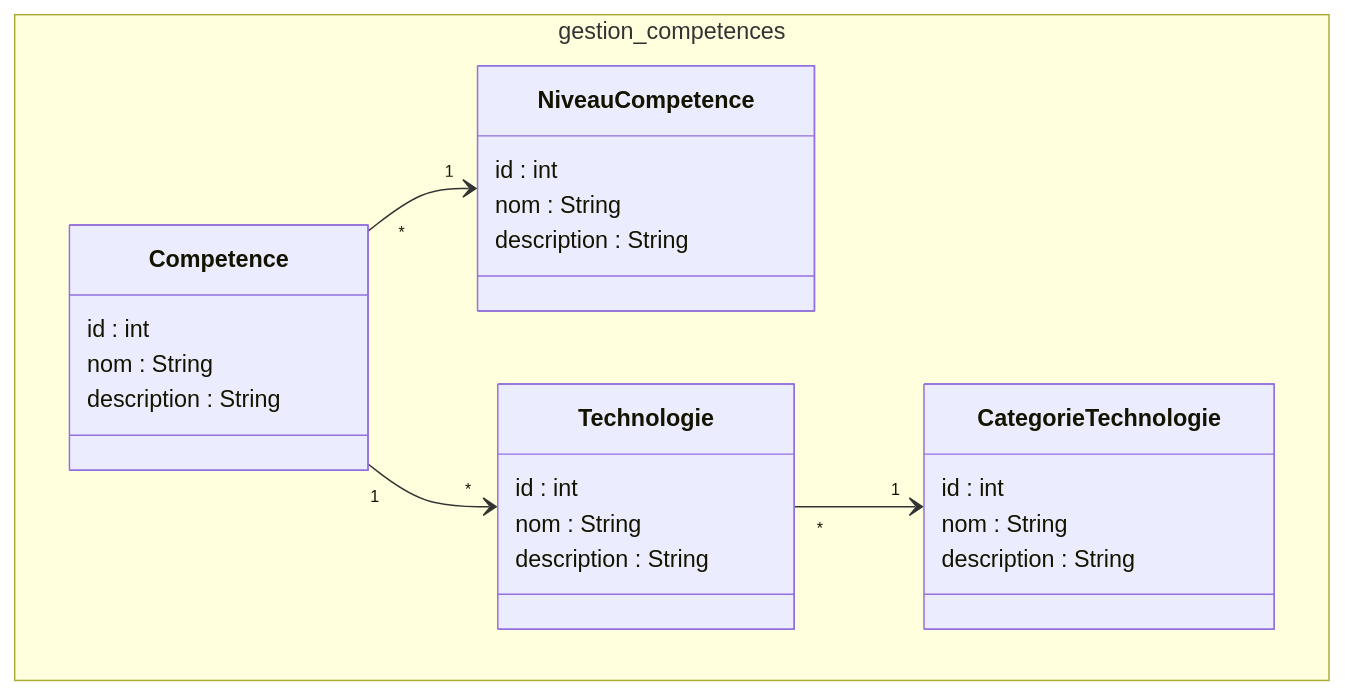
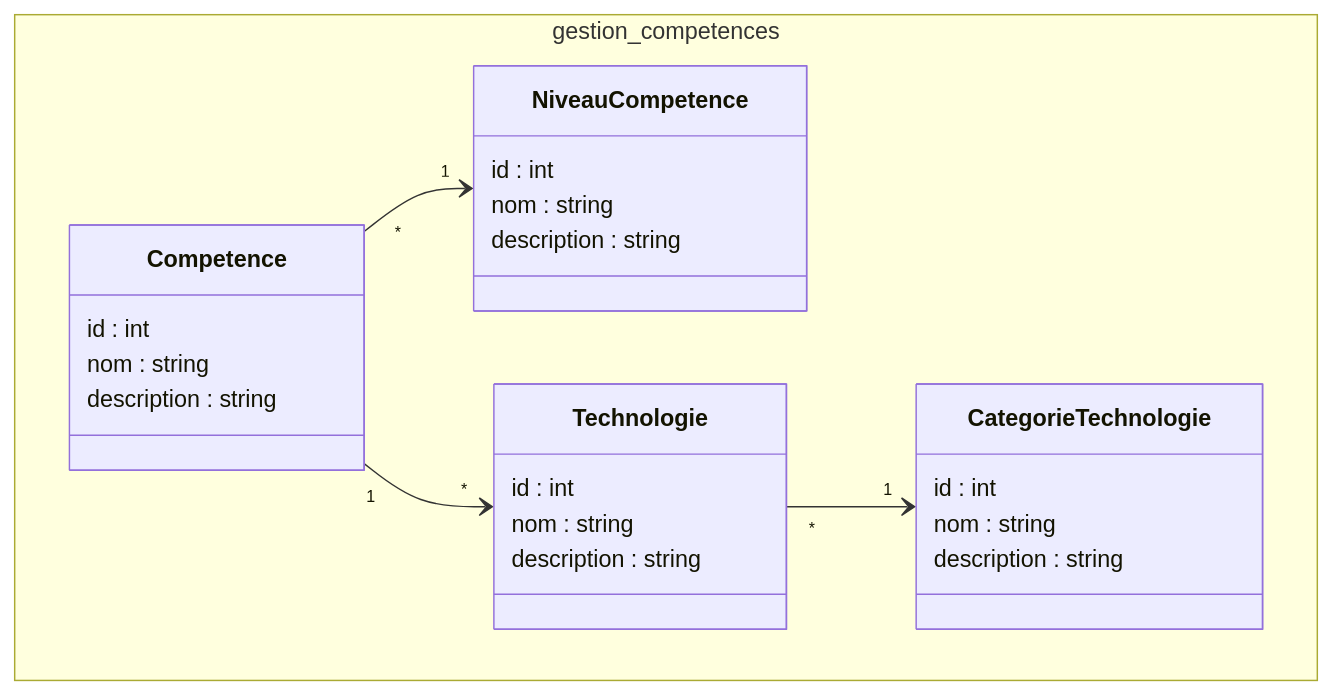
One commit to zaani12/prototype changed the diagram in modélisation/pkg_competences/classes_pkg_competences.mmd. Above: the diagram before and after it, drawn with Mermaid. The commit also changed 32 other files, not shown here.

```diff
--- a/modélisation/pkg_competences/classes_pkg_competences.mmd
+++ b/modélisation/pkg_competences/classes_pkg_competences.mmd
@@ -1,29 +1,29 @@
 classDiagram
 
 namespace gestion_competences {
 class Competence {
   id : int
-  nom : String
-  description : String
+  nom : string
+  description : string
 }
 class NiveauCompetence {
   id : int
-  nom : String
-  description : String
+  nom : string
+  description : string
 }
 class Technologie {
   id : int
-  nom : String
-  description : String
+  nom : string
+  description : string
 }
 
 class CategorieTechnologie {
   id : int
-  nom : String
-  description : String
+  nom : string
+  description : string
 }
 }
 
 Competence "*" --> "1" NiveauCompetence
 Competence "1" --> "*" Technologie 
 Technologie "*" --> "1" CategorieTechnologie
```
